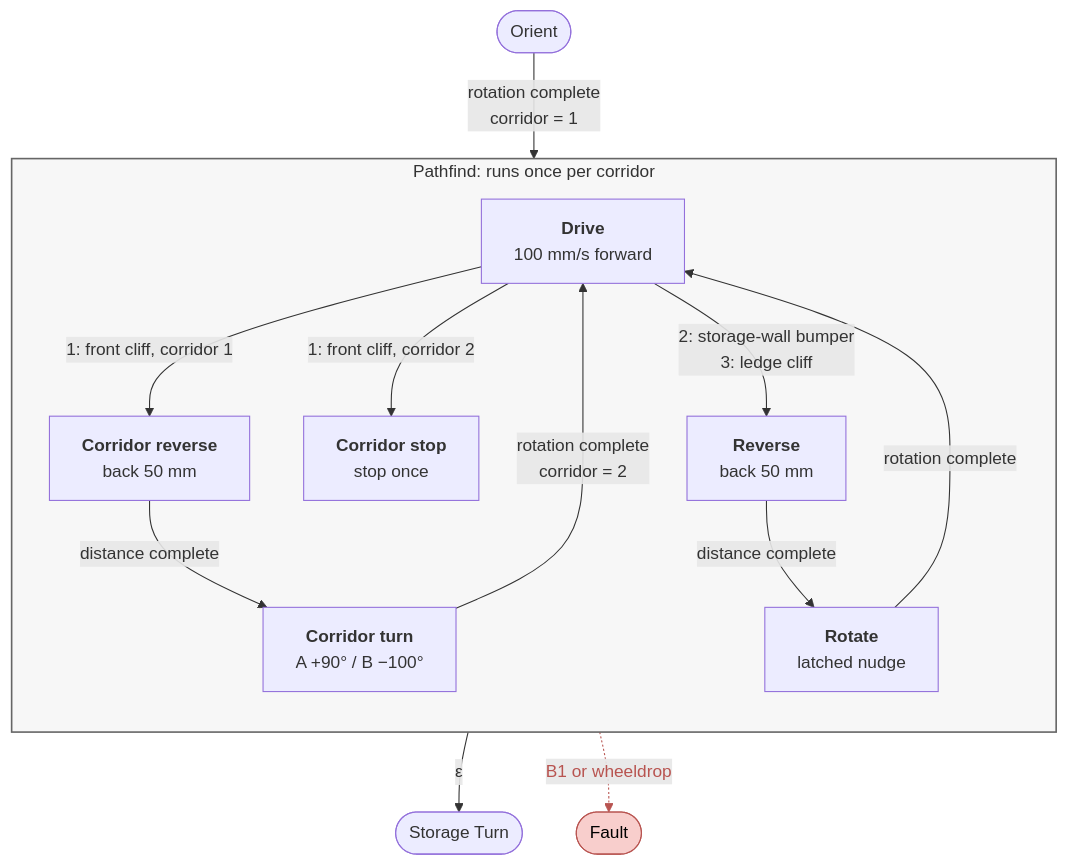
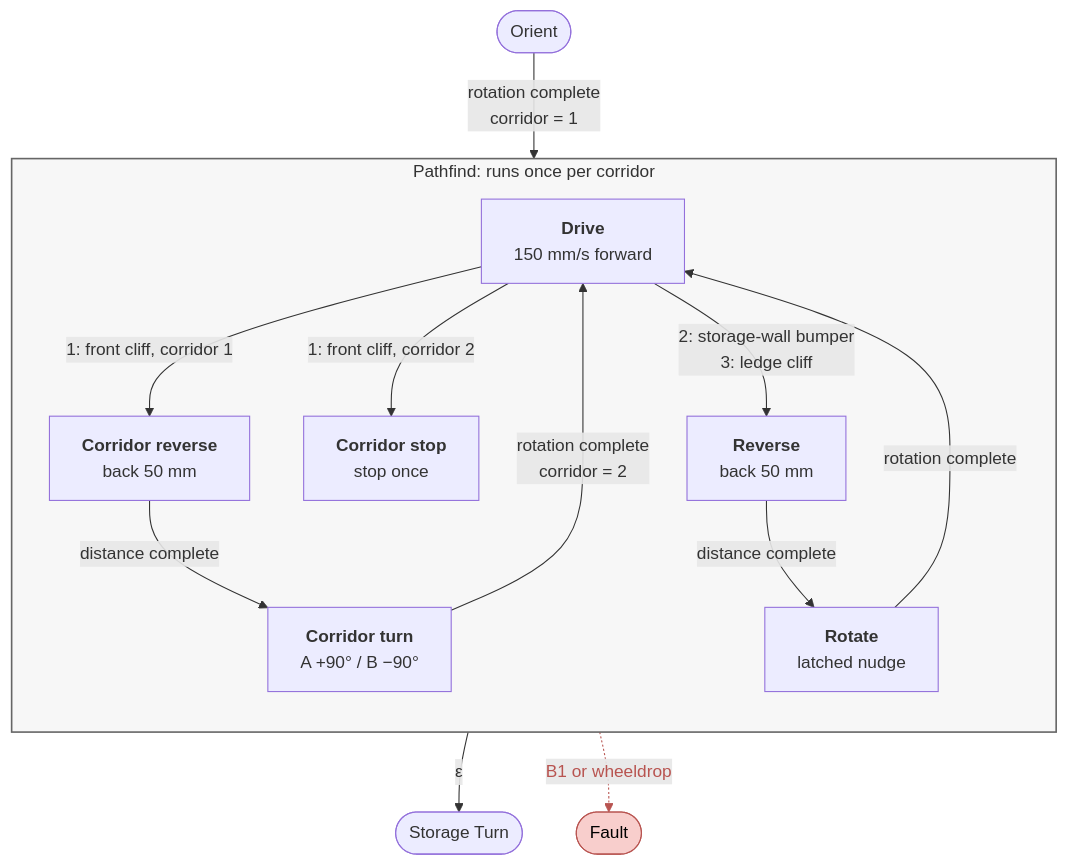
Before and after one commit to hiten011/MicroControllingProject: the diagram in docs/pathfind.md, drawn with Mermaid. The commit also changed other lines of this file and 2 other files, not shown here.

First line of the commit message:
docs(fsm): add diagram generator and checker, sync pathfind.md

````diff
--- a/docs/pathfind.md
+++ b/docs/pathfind.md
@@ -7,32 +7,32 @@
 ```mermaid
 flowchart TB
     orient(["Orient"])
     fault(["Fault"])
     storage(["Storage Turn"])
 
     subgraph pathfind["Pathfind: runs once per corridor"]
         direction TB
-        drive["<b>Drive</b><br/>100 mm/s forward"]
+        drive["<b>Drive</b><br/>150 mm/s forward"]
         creverse["<b>Corridor reverse</b><br/>back 50 mm"]
-        turn["<b>Corridor turn</b><br/>A +90° / B −100°"]
+        turn["<b>Corridor turn</b><br/>A +90° / B −90°"]
         stop["<b>Corridor stop</b><br/>stop once"]
         reverse["<b>Reverse</b><br/>back 50 mm"]
         rotate["<b>Rotate</b><br/>latched nudge"]
     end
 
     orient -->|"rotation complete<br/>corridor = 1"| drive
     drive -->|"1: front cliff, corridor 1"| creverse
     creverse -->|"distance complete"| turn
     turn -->|"rotation complete<br/>corridor = 2"| drive
     drive -->|"1: front cliff, corridor 2"| stop
     stop -->|"ε"| storage
     drive -->|"2: storage-wall bumper<br/>3: ledge cliff"| reverse
     reverse -->|"distance complete"| rotate
     rotate -->|"rotation complete"| drive
     pathfind -.->|"B1 or wheeldrop"| fault
 
     classDef red fill:#f8cecc,stroke:#b85450,color:#000
     class fault red
     style pathfind fill:#f7f7f7,stroke:#666,stroke-width:1.5px
     linkStyle 9 stroke:#b85450,color:#b85450
 ```
````
